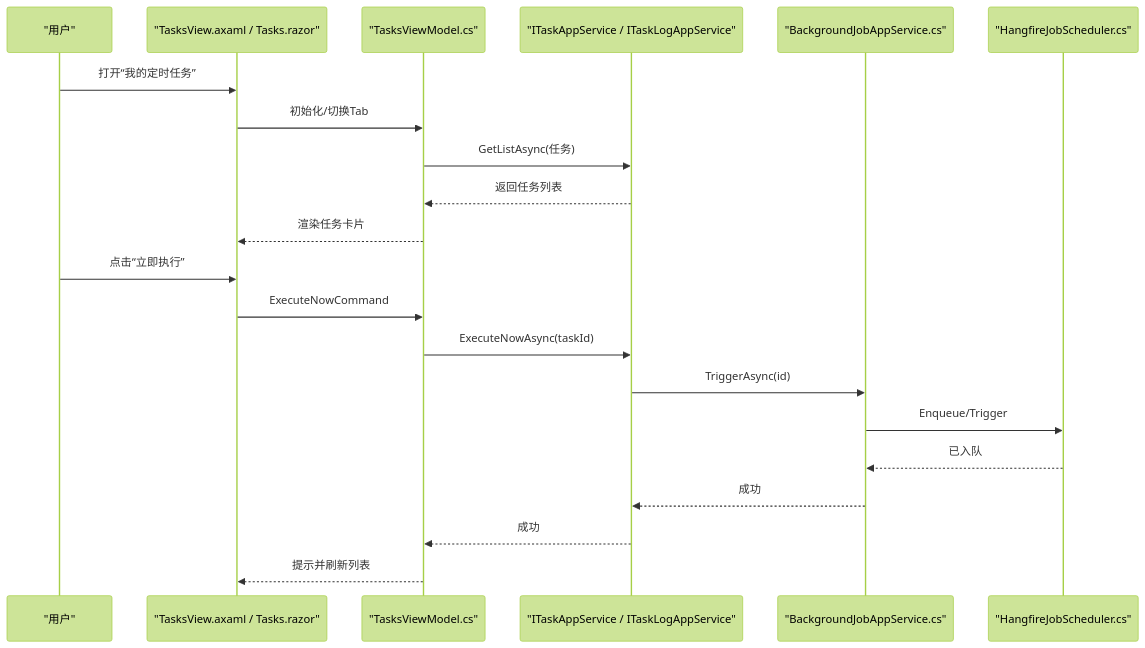
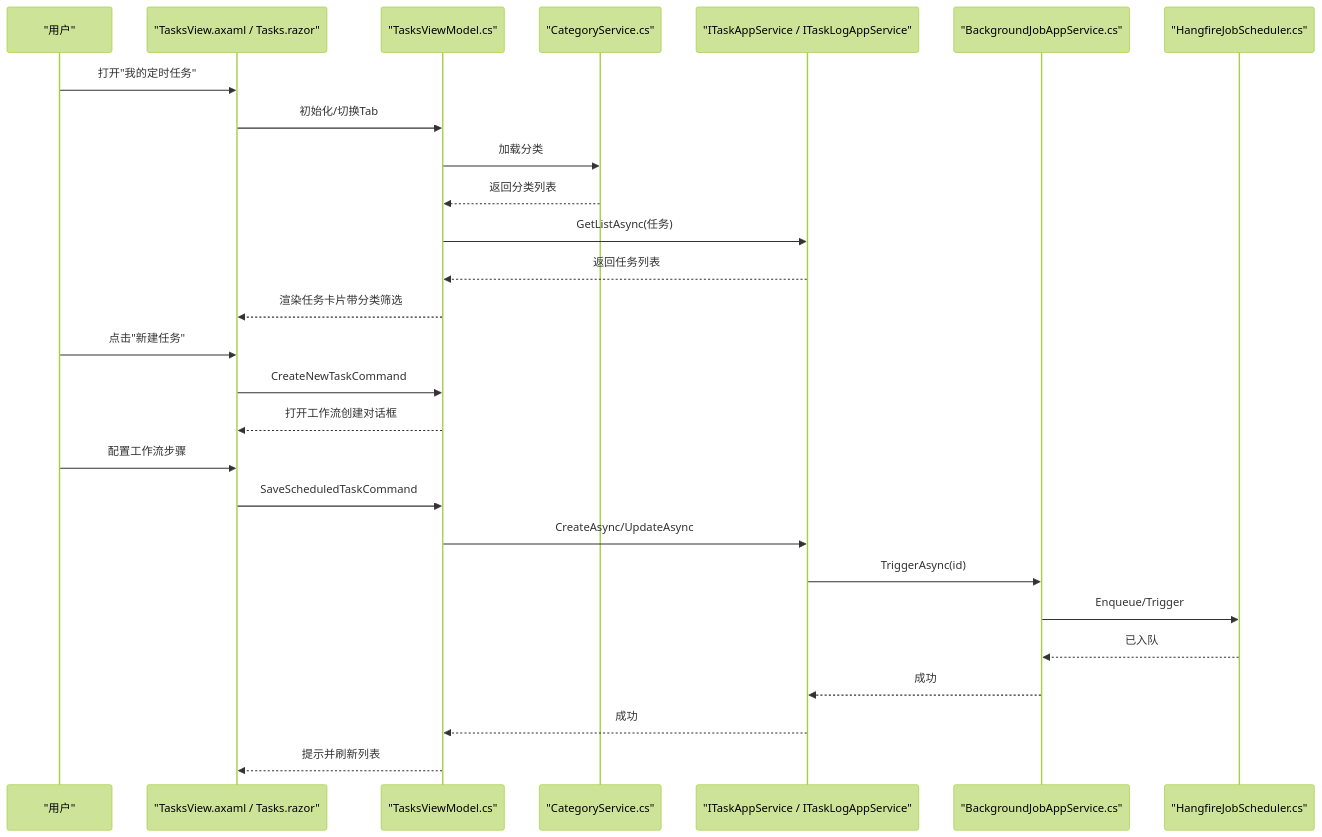
The second of 5 diagrams in .qoder/repowiki/zh/content/AI助手服务/桌面端应用/UI界面组件/任务界面组件.md (openlowcodelab/lowcode), drawn with Mermaid (forest theme) before and after one commit. The commit also changed other lines of this file and 118 other files, not shown here.

````diff
--- a/.qoder/repowiki/zh/content/AI助手服务/桌面端应用/UI界面组件/任务界面组件.md
+++ b/.qoder/repowiki/zh/content/AI助手服务/桌面端应用/UI界面组件/任务界面组件.md
@@ -103,23 +115,29 @@
 ```mermaid
 sequenceDiagram
 participant U as "用户"
 participant V as "TasksView.axaml / Tasks.razor"
 participant VM as "TasksViewModel.cs"
+participant CS as "CategoryService.cs"
 participant API as "ITaskAppService / ITaskLogAppService"
 participant BG as "BackgroundJobAppService.cs"
 participant SCH as "HangfireJobScheduler.cs"
-U->>V : 打开“我的定时任务”
+U->>V : 打开"我的定时任务"
 V->>VM : 初始化/切换Tab
+VM->>CS : 加载分类
+CS-->>VM : 返回分类列表
 VM->>API : GetListAsync(任务)
 API-->>VM : 返回任务列表
-VM-->>V : 渲染任务卡片
-U->>V : 点击“立即执行”
-V->>VM : ExecuteNowCommand
-VM->>API : ExecuteNowAsync(taskId)
+VM-->>V : 渲染任务卡片带分类筛选
+U->>V : 点击"新建任务"
+V->>VM : CreateNewTaskCommand
+VM-->>V : 打开工作流创建对话框
+U->>V : 配置工作流步骤
+V->>VM : SaveScheduledTaskCommand
+VM->>API : CreateAsync/UpdateAsync
 API->>BG : TriggerAsync(id)
 BG->>SCH : Enqueue/Trigger
 SCH-->>BG : 已入队
 BG-->>API : 成功
 API-->>VM : 成功
 VM-->>V : 提示并刷新列表
 ```
````
